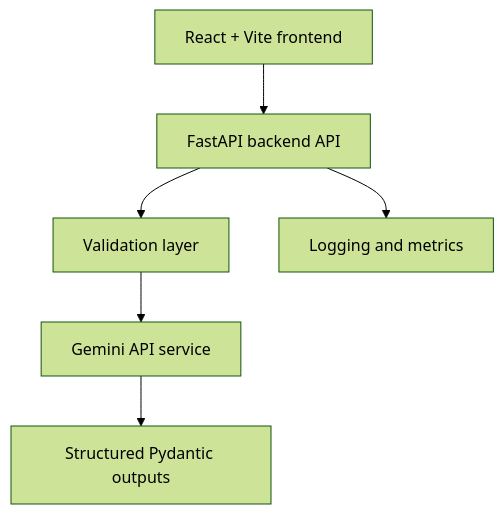
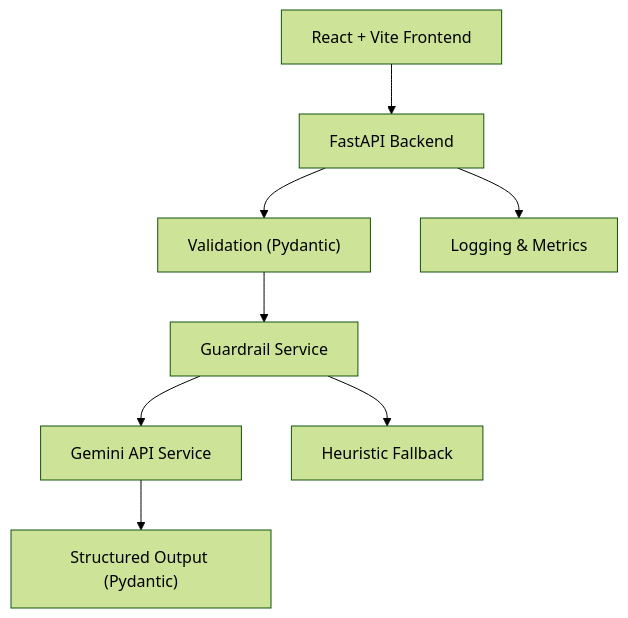
One commit to ppradyoth/llm-ops-workshop changed the diagram in README.md. Above: the diagram before and after it, drawn with Mermaid (forest theme). The commit also changed other lines of this file and 8 other files, not shown here.

````diff
--- a/README.md
+++ b/README.md
@@ -7,8 +9,10 @@
 ```mermaid
 flowchart TD
-  A["React + Vite frontend"] --> B["FastAPI backend API"]
-  B --> C["Validation layer"]
-  C --> D["Gemini API service"]
-  D --> E["Structured Pydantic outputs"]
-  B --> F["Logging and metrics"]
+  A["React + Vite Frontend"] --> B["FastAPI Backend"]
+  B --> C["Validation (Pydantic)"]
+  C --> D["Guardrail Service"]
+  D --> E["Gemini API Service"]
+  E --> F["Structured Output (Pydantic)"]
+  D --> G["Heuristic Fallback"]
+  B --> H["Logging & Metrics"]
 ```
````
